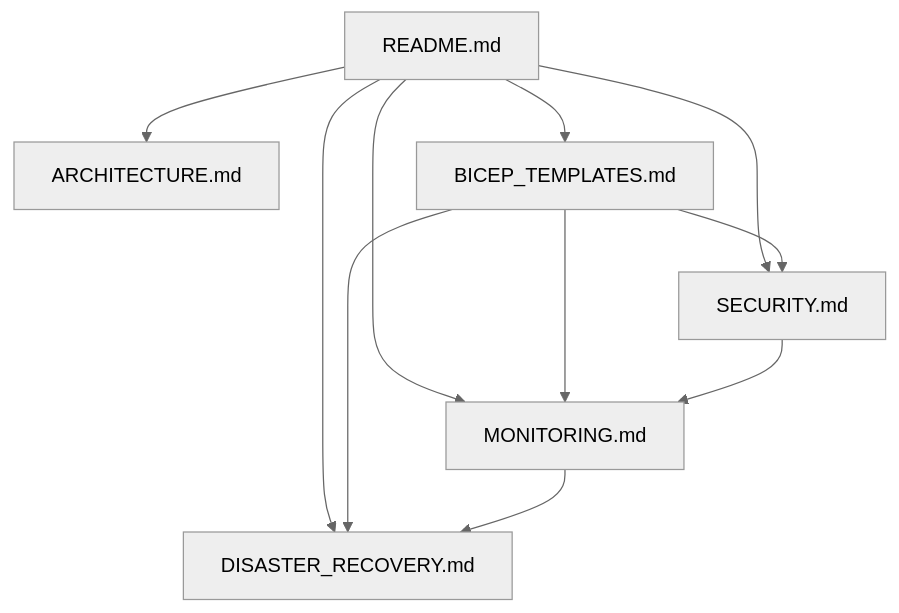
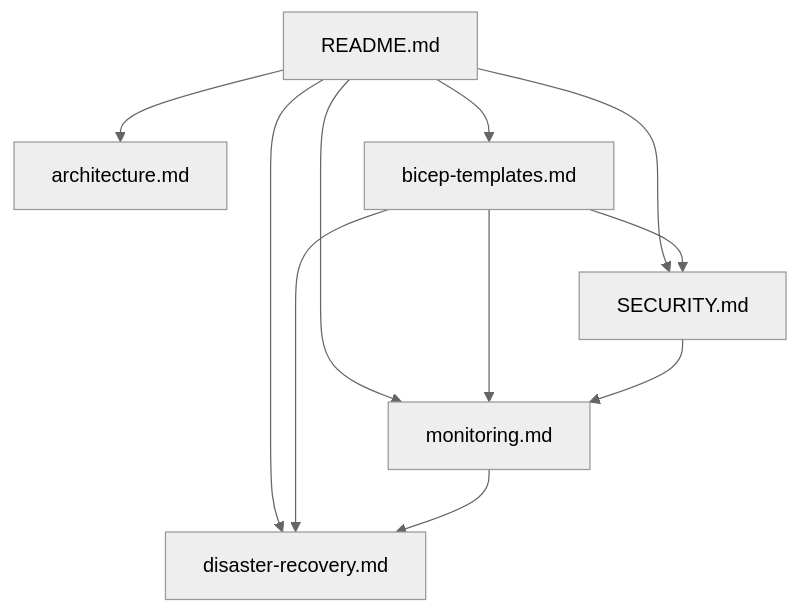
One commit to phoenixvc/PhoenixVC-Website changed the first of 2 diagrams in docs/src/main/guides/infrastructure/README.md. Above: the diagram before and after it, drawn with Mermaid (neutral theme). The commit also changed other lines of this file and 5 other files, not shown here.

````diff
--- a/docs/src/main/guides/infrastructure/README.md
+++ b/docs/src/main/guides/infrastructure/README.md
@@ -18,15 +18,15 @@
 ```mermaid
 graph TD
-  README[README.md] --> ARCH[ARCHITECTURE.md]
-  README --> BICEP[BICEP_TEMPLATES.md]
+  README[README.md] --> ARCH[architecture.md]
+  README --> BICEP[bicep-templates.md]
   README --> SEC[SECURITY.md]
-  README --> MON[MONITORING.md]
-  README --> DR[DISASTER_RECOVERY.md]
+  README --> MON[monitoring.md]
+  README --> DR[disaster-recovery.md]
 
   BICEP --> SEC
   BICEP --> MON
   BICEP --> DR
 
   SEC --> MON
   MON --> DR
 ```
````
